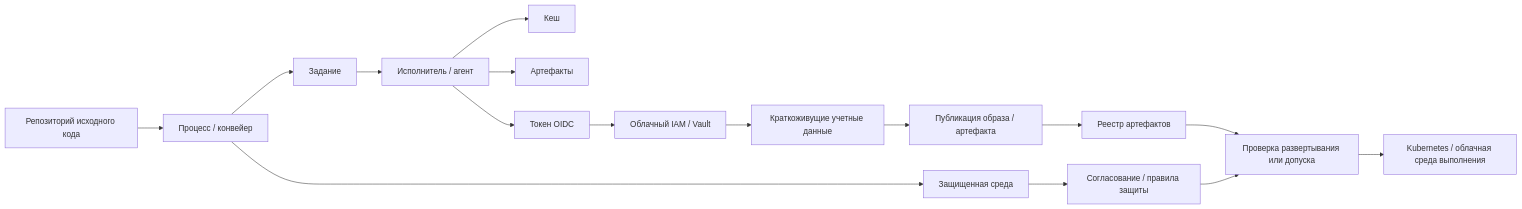
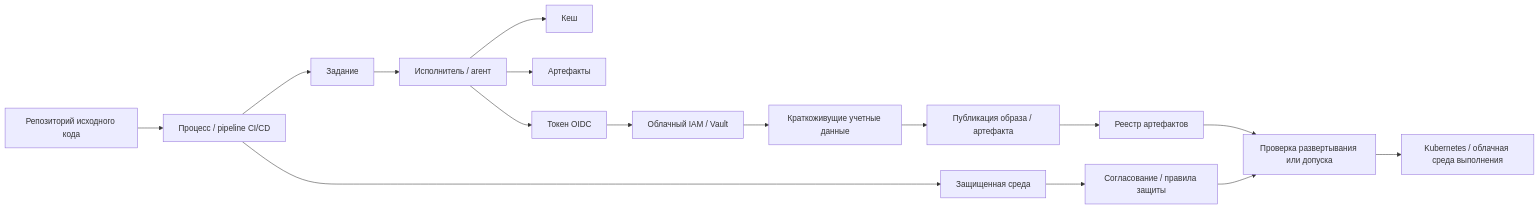
One commit to defrixx/defrixx.github.io changed the first of 17 diagrams in reference/infrastructure-technologies/infrastructure-technologies.ru.md. Above: the diagram before and after it, drawn with Mermaid. The commit also changed other lines of this file and 201 other files, not shown here.

````diff
--- a/reference/infrastructure-technologies/infrastructure-technologies.ru.md
+++ b/reference/infrastructure-technologies/infrastructure-technologies.ru.md
@@ -59,18 +59,18 @@
 ```mermaid
 flowchart LR
-  Repo["Репозиторий исходного кода"] --> Pipeline["Процесс / конвейер"]
+  Repo["Репозиторий исходного кода"] --> Pipeline["Процесс / pipeline CI/CD"]
   Pipeline --> Job["Задание"]
   Job --> Runner["Исполнитель / агент"]
   Runner --> Cache["Кеш"]
   Runner --> Artifacts["Артефакты"]
   Runner --> OIDC["Токен OIDC"]
   OIDC --> Cloud["Облачный IAM / Vault"]
   Cloud --> TempCreds["Краткоживущие учетные данные"]
   TempCreds --> Publish["Публикация образа / артефакта"]
   Publish --> Registry["Реестр артефактов"]
   Pipeline --> Env["Защищенная среда"]
   Env --> Approval["Согласование / правила защиты"]
   Approval --> DeployGate["Проверка развертывания или допуска"]
   Registry --> DeployGate
   DeployGate --> Runtime["Kubernetes / облачная среда выполнения"]
 ```
````
